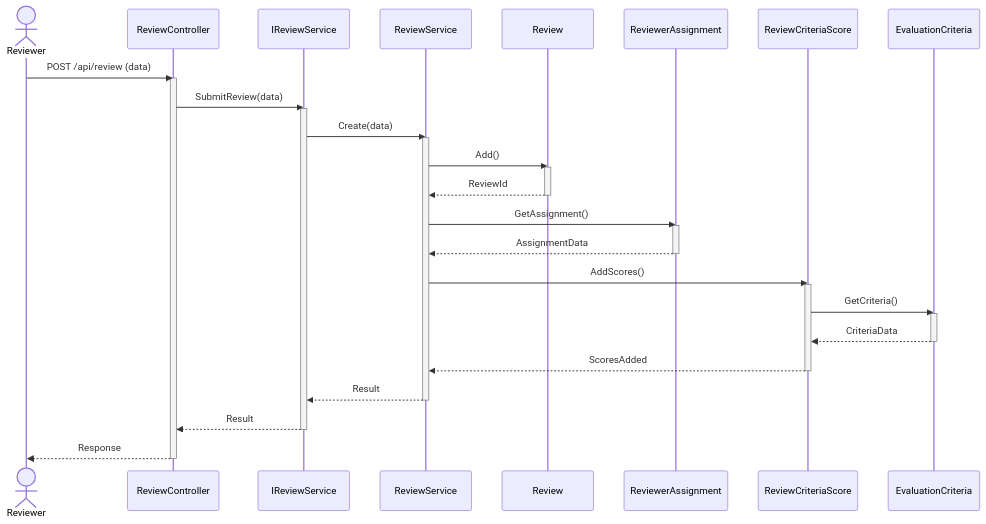
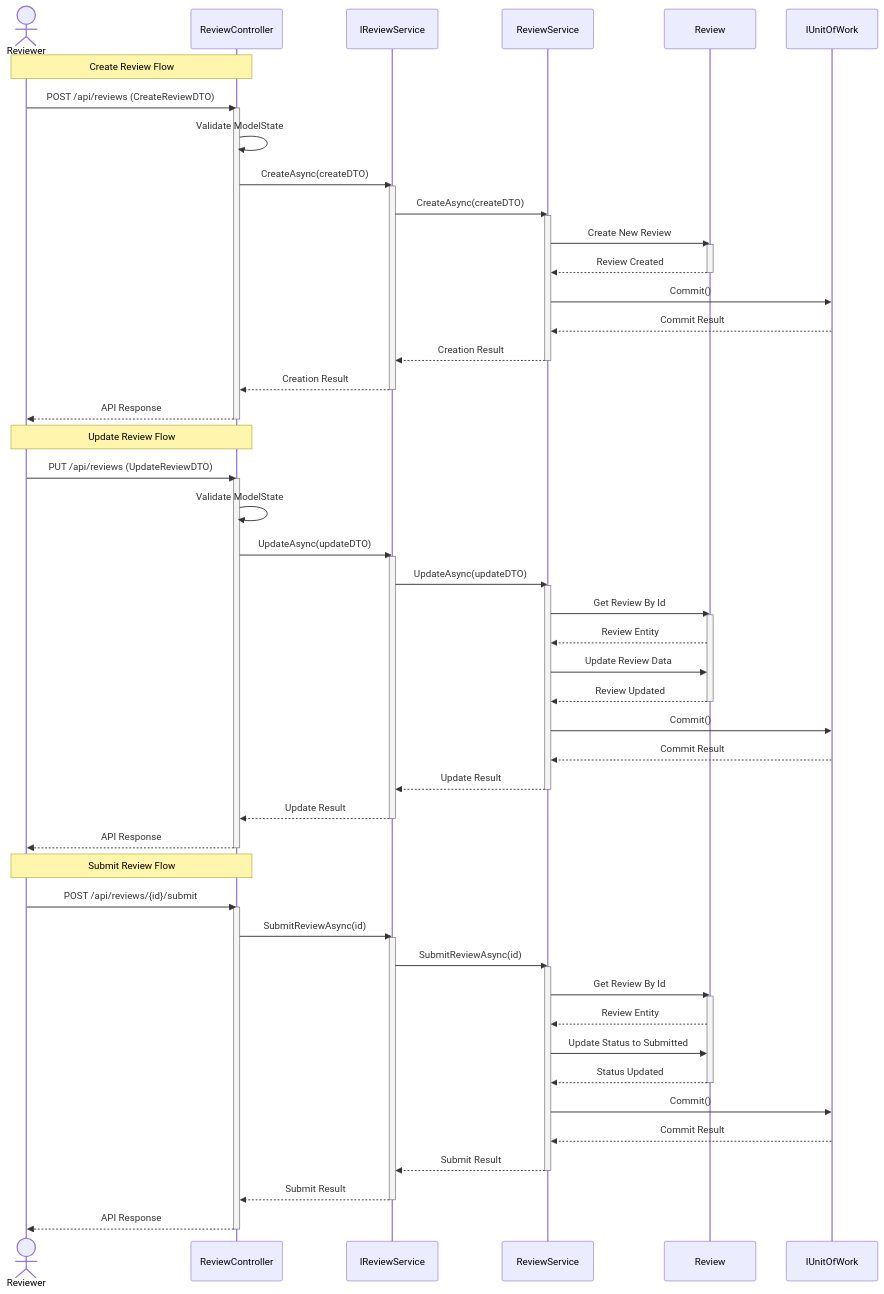
One commit to CapBotAI/CBAI_API changed the diagram in Diagram/09_Review/sequence.mermaid. Above: the diagram before and after it, drawn with Mermaid. The commit also changed 10 other files, not shown here.

Commit message:
Refactor diagrams for TopicVersion, Submission, ReviewerSuggestion, ReviewerAssignment, and Review modules

```diff
--- a/Diagram/09_Review/sequence.mermaid
+++ b/Diagram/09_Review/sequence.mermaid
@@ -1,38 +1,73 @@
 sequenceDiagram
     actor Reviewer
     participant ReviewController
     participant IReviewService
     participant ReviewService
     participant Review
-    participant ReviewerAssignment
-    participant ReviewCriteriaScore
-    participant EvaluationCriteria
+    participant IUnitOfWork
 
-    Reviewer->>ReviewController: POST /api/review (data)
+    Note over Reviewer, ReviewController: Create Review Flow
+    Reviewer->>ReviewController: POST /api/reviews (CreateReviewDTO)
     activate ReviewController
-    ReviewController->>IReviewService: SubmitReview(data)
+    ReviewController->>ReviewController: Validate ModelState
+    ReviewController->>IReviewService: CreateAsync(createDTO)
     activate IReviewService
-    IReviewService->>ReviewService: Create(data)
+    IReviewService->>ReviewService: CreateAsync(createDTO)
     activate ReviewService
-    ReviewService->>Review: Add()
+    ReviewService->>Review: Create New Review
     activate Review
-    Review-->>ReviewService: ReviewId
+    Review-->>ReviewService: Review Created
     deactivate Review
-    ReviewService->>ReviewerAssignment: GetAssignment()
-    activate ReviewerAssignment
-    ReviewerAssignment-->>ReviewService: AssignmentData
-    deactivate ReviewerAssignment
-    ReviewService->>ReviewCriteriaScore: AddScores()
-    activate ReviewCriteriaScore
-    ReviewCriteriaScore->>EvaluationCriteria: GetCriteria()
-    activate EvaluationCriteria
-    EvaluationCriteria-->>ReviewCriteriaScore: CriteriaData
-    deactivate EvaluationCriteria
-    ReviewCriteriaScore-->>ReviewService: ScoresAdded
-    deactivate ReviewCriteriaScore
-    ReviewService-->>IReviewService: Result
+    ReviewService->>IUnitOfWork: Commit()
+    IUnitOfWork-->>ReviewService: Commit Result
+    ReviewService-->>IReviewService: Creation Result
     deactivate ReviewService
-    IReviewService-->>ReviewController: Result
+    IReviewService-->>ReviewController: Creation Result
     deactivate IReviewService
-    ReviewController-->>Reviewer: Response
+    ReviewController-->>Reviewer: API Response
     deactivate ReviewController
+
+    Note over Reviewer, ReviewController: Update Review Flow
+    Reviewer->>ReviewController: PUT /api/reviews (UpdateReviewDTO)
+    activate ReviewController
+    ReviewController->>ReviewController: Validate ModelState
+    ReviewController->>IReviewService: UpdateAsync(updateDTO)
+    activate IReviewService
+    IReviewService->>ReviewService: UpdateAsync(updateDTO)
+    activate ReviewService
+    ReviewService->>Review: Get Review By Id
+    activate Review
+    Review-->>ReviewService: Review Entity
+    ReviewService->>Review: Update Review Data
+    Review-->>ReviewService: Review Updated
+    deactivate Review
+    ReviewService->>IUnitOfWork: Commit()
+    IUnitOfWork-->>ReviewService: Commit Result
+    ReviewService-->>IReviewService: Update Result
+    deactivate ReviewService
+    IReviewService-->>ReviewController: Update Result
+    deactivate IReviewService
+    ReviewController-->>Reviewer: API Response
+    deactivate ReviewController
+
+    Note over Reviewer, ReviewController: Submit Review Flow
+    Reviewer->>ReviewController: POST /api/reviews/{id}/submit
+    activate ReviewController
+    ReviewController->>IReviewService: SubmitReviewAsync(id)
+    activate IReviewService
+    IReviewService->>ReviewService: SubmitReviewAsync(id)
+    activate ReviewService
+    ReviewService->>Review: Get Review By Id
+    activate Review
+    Review-->>ReviewService: Review Entity
+    ReviewService->>Review: Update Status to Submitted
+    Review-->>ReviewService: Status Updated
+    deactivate Review
+    ReviewService->>IUnitOfWork: Commit()
+    IUnitOfWork-->>ReviewService: Commit Result
+    ReviewService-->>IReviewService: Submit Result
+    deactivate ReviewService
+    IReviewService-->>ReviewController: Submit Result
+    deactivate IReviewService
+    ReviewController-->>Reviewer: API Response
+    deactivate ReviewController
```
